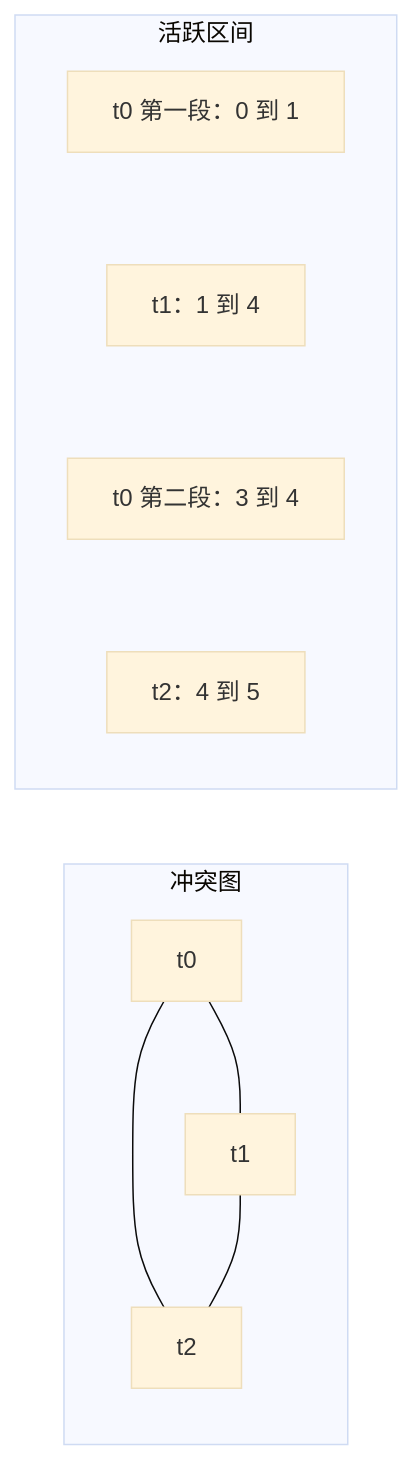
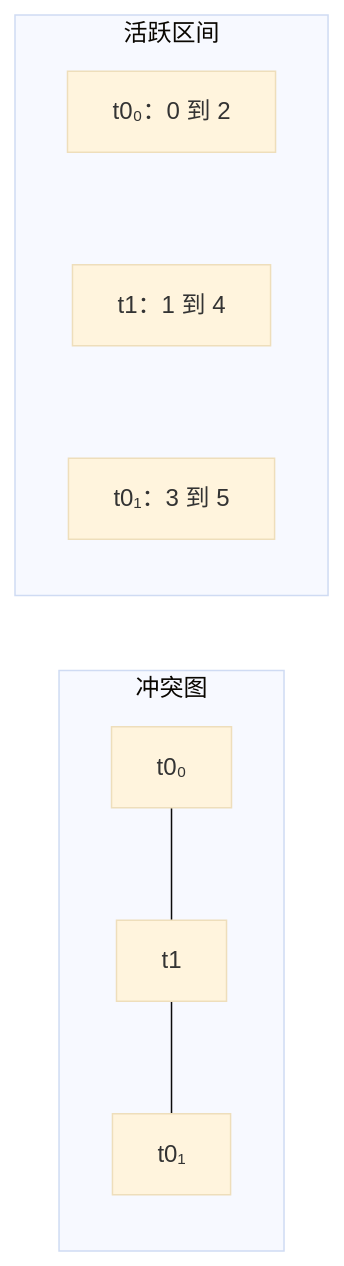
Before and after one commit to lightsmilew/compiler-principles: the second of 3 diagrams in docs/labs/part6-target-optimization.md, drawn with Mermaid (base theme). The commit also changed other lines of this file and 32 other files, not shown here.

Commit message:
docs: unify assessment flow and submission guidance

````diff
--- a/docs/labs/part6-target-optimization.md
+++ b/docs/labs/part6-target-optimization.md
@@ -96,15 +95,12 @@
 ```mermaid
-%% 上下两块：先写「冲突图」，渲染出来才是上=活跃区间、下=冲突图；
-%% 活跃区间之间用不可见连线（~~~）竖排，保证自上而下按程序点先后排列。
+%% 每个值版本使用独立节点，避免把同名寄存器的两段区间误合并。
 flowchart LR
   subgraph 冲突图
-    A[t0] --- B[t1]
-    A --- C[t2]
-    B --- C
+    A[t0₀] --- B[t1]
+    B --- C[t0₁]
   end
   subgraph 活跃区间
-    R0["t0 第一段：0 到 1"] ~~~ R1["t1：1 到 4"]
-    R1 ~~~ R2["t0 第二段：3 到 4"]
-    R2 ~~~ R3["t2：4 到 5"]
+    R0["t0₀：0 到 2"] ~~~ R1["t1：1 到 4"]
+    R1 ~~~ R2["t0₁：3 到 5"]
   end
 ```
````
